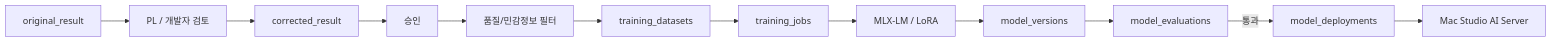
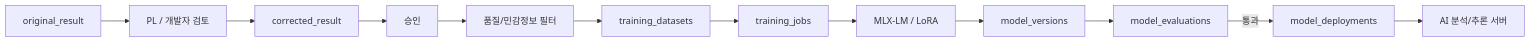
One commit to KimAgHuge/hackathon-ai changed diagram 12 of 12 in docs/02_시스템_아키텍처.md. Above: the diagram before and after it, drawn with Mermaid. The commit also changed other lines of this file and 22 other files, not shown here.

````diff
--- a/docs/02_시스템_아키텍처.md
+++ b/docs/02_시스템_아키텍처.md
@@ -636,14 +636,14 @@
 ```mermaid
 flowchart LR
     ORIGINAL["original_result"] --> REVIEW["PL / 개발자 검토"]
     REVIEW --> CORRECTED["corrected_result"]
     CORRECTED --> APPROVE["승인"]
     APPROVE --> FILTER["품질/민감정보 필터"]
     FILTER --> DATASET["training_datasets"]
     DATASET --> JOB["training_jobs"]
     JOB --> LORA["MLX-LM / LoRA"]
     LORA --> VERSION["model_versions"]
     VERSION --> EVAL["model_evaluations"]
     EVAL -->|통과| DEPLOY["model_deployments"]
-    DEPLOY --> AI["Mac Studio AI Server"]
+    DEPLOY --> AI["AI 분석/추론 서버"]
 ```
````
